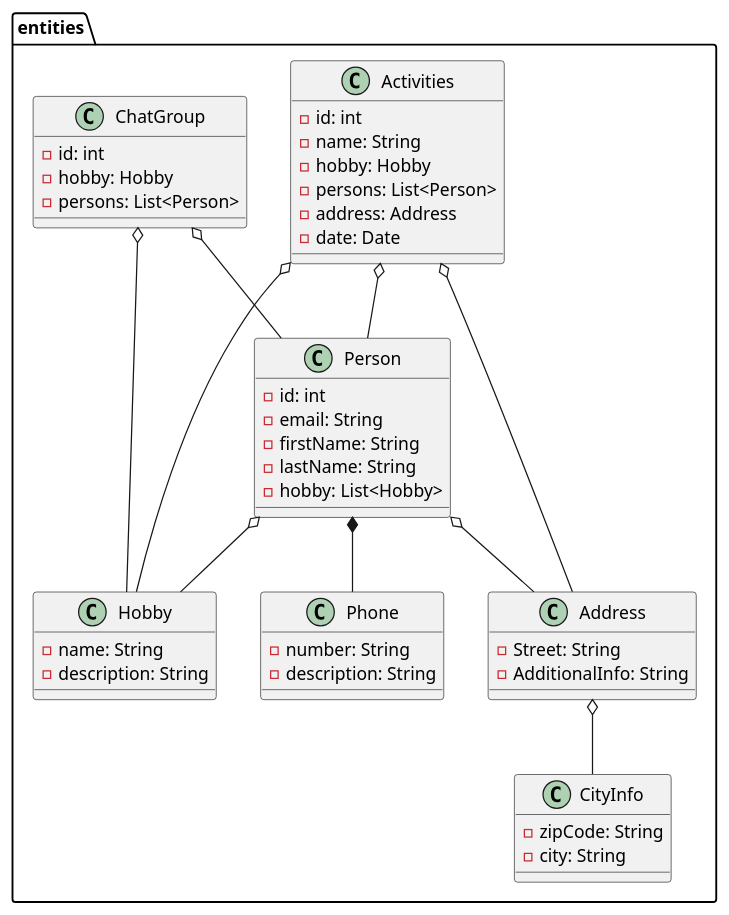
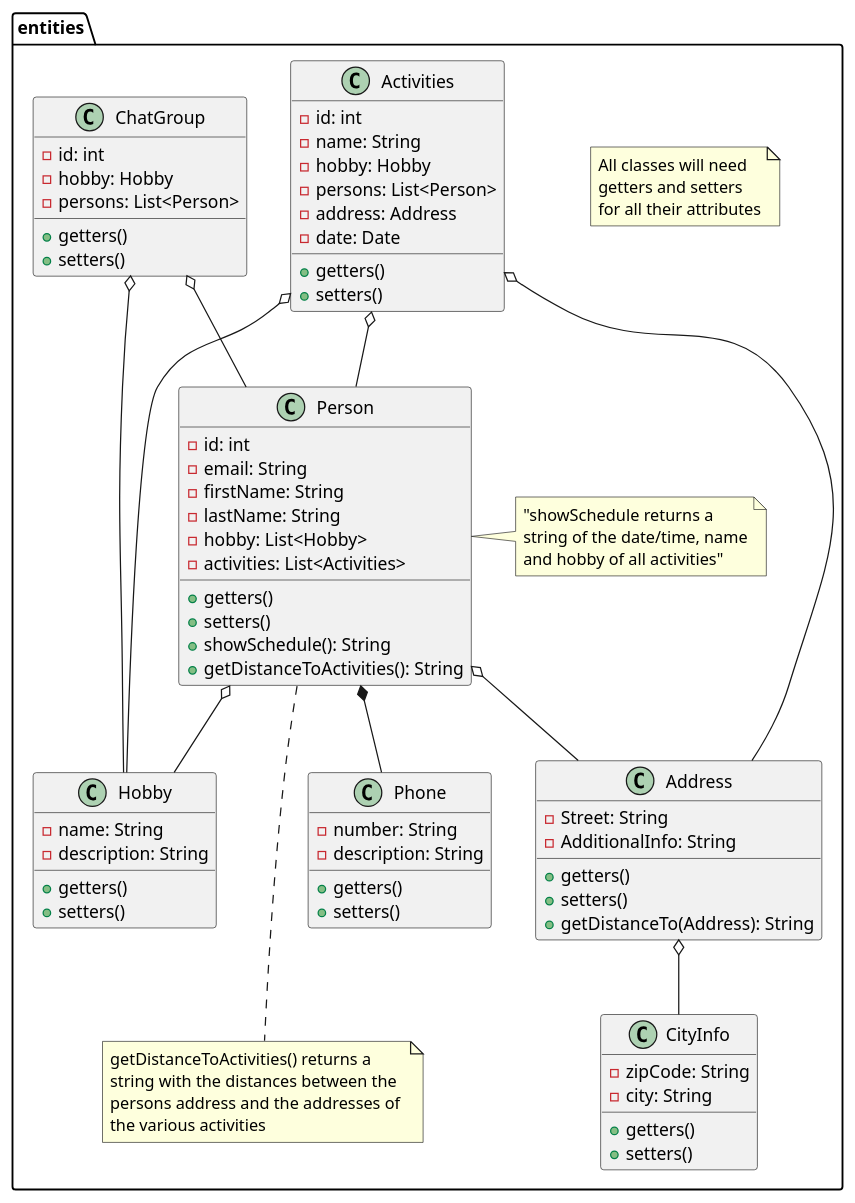
One commit to Legolai/sem3-CA1 changed the diagram in src/main/resources/ClassDiagram_V1.puml. Above: the diagram before and after it, drawn with PlantUML.

Commit message:
Update ClassDiagram_V1.puml
it now has some methods

```diff
--- a/src/main/resources/ClassDiagram_V1.puml
+++ b/src/main/resources/ClassDiagram_V1.puml
@@ -1,58 +1,80 @@
 @startuml
 'https://plantuml.com/class-diagram
 
 package entities {
+    note "All classes will need\ngetters and setters\nfor all their attributes" as N1
     class Activities {
      - id: int
      - name: String
      - hobby: Hobby
      - persons: List<Person>
      - address: Address
      - date: Date
+     + getters()
+     + setters()
     }
     class ChatGroup {
          - id: int
          - hobby: Hobby
          - persons: List<Person>
+         + getters()
+         + setters()
         }
     class Person {
      - id: int
      - email: String
      - firstName: String
      - lastName: String
      - hobby: List<Hobby>
-
+     - activities: List<Activities>
+     + getters()
+     + setters()
+     + showSchedule(): String
+     + getDistanceToActivities(): String
     }
-    class Hobby {
+    note right of Person: "showSchedule returns a \nstring of the date/time, name\nand hobby of all activities"
+    note "getDistanceToActivities() returns a \nstring with the distances between the\npersons address and the addresses of \nthe various activities" as n2
+        class Hobby {
      - name: String
      - description: String
+     + getters()
+     + setters()
     }
     class Phone {
      - number: String
      - description: String
+     + getters()
+     + setters()
     }
     class Address {
      - Street: String
      - AdditionalInfo: String
+     + getters()
+     + setters()
+     + getDistanceTo(Address): String
     }
     class CityInfo {
      - zipCode: String
      - city: String
+     + getters()
+     + setters()
     }
 
 }
 
 
 
 Person o-- Hobby
 Person *-- Phone
 Person o-- Address
 Address o-- CityInfo
 Activities o-- Person
 Activities o-- Hobby
 Activities o-- Address
 ChatGroup o-- Person
 ChatGroup o-- Hobby
 
+Person ... n2
+
 
 @enduml
```
